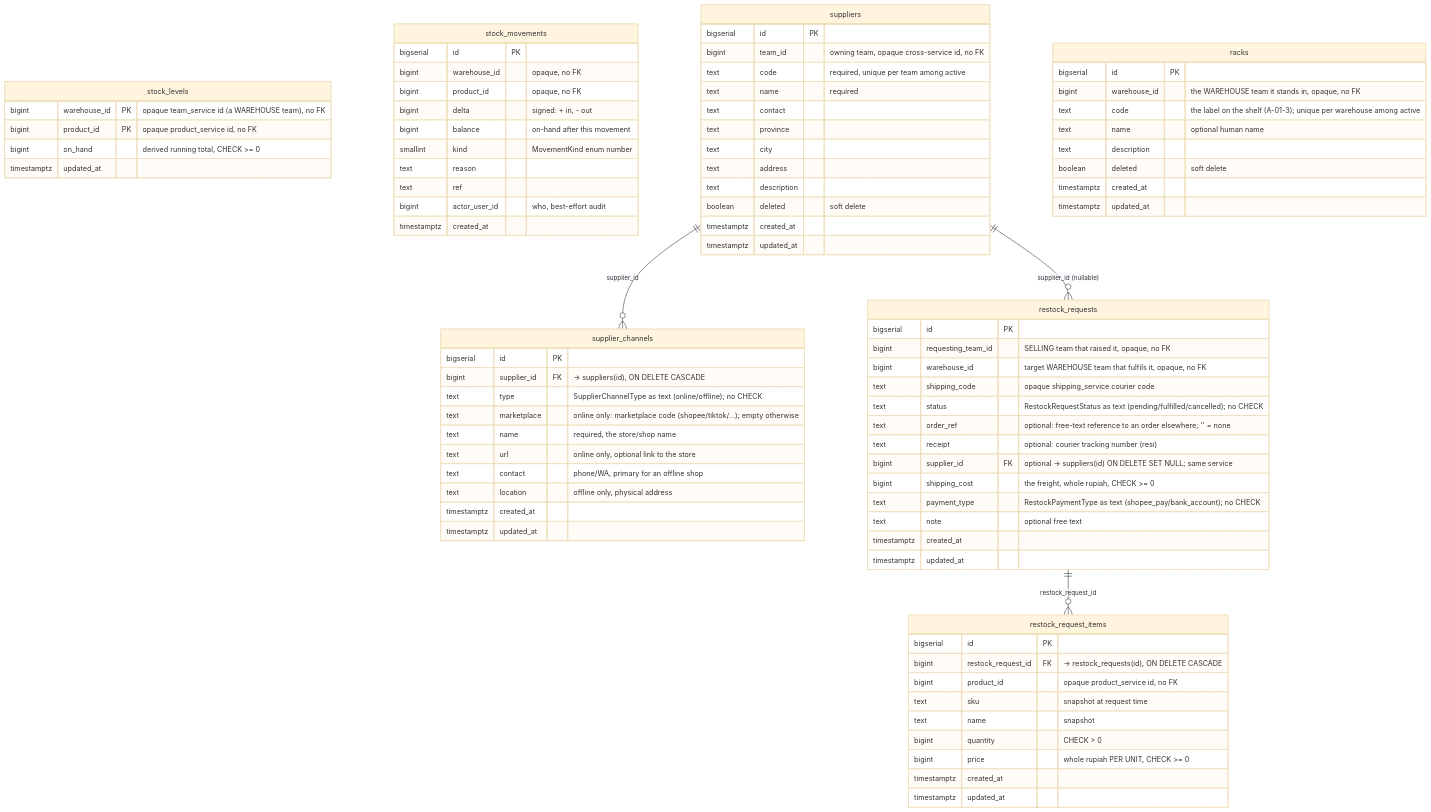
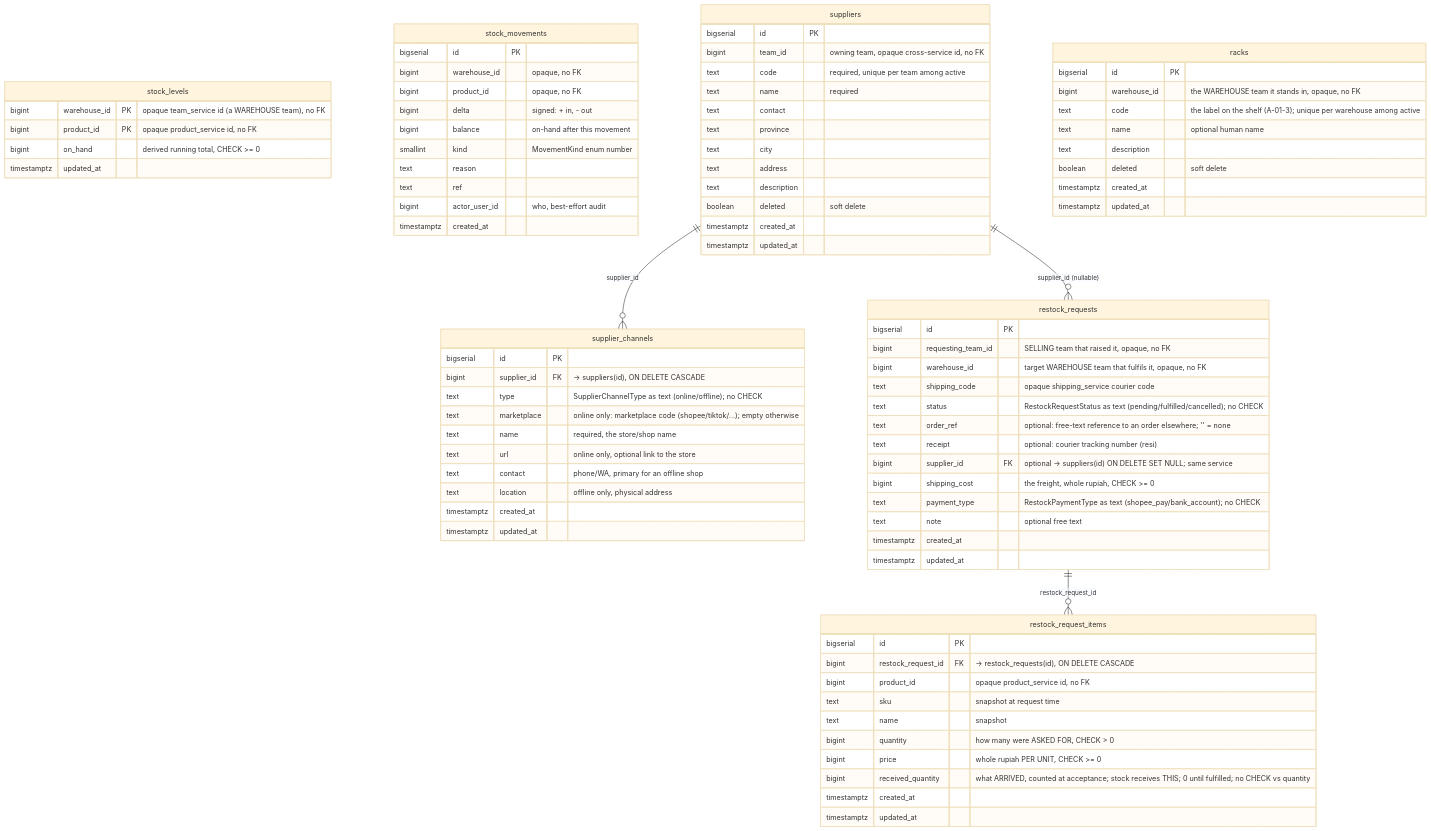
Before and after one commit to pdcgo/warehouse_revamp: the eighth of 10 diagrams in docs/database-schema.md, drawn with Mermaid (base theme). The commit also changed other lines of this file and 15 other files, not shown here.

```diff
--- a/docs/database-schema.md
+++ b/docs/database-schema.md
@@ -434,8 +434,9 @@
         bigint      product_id         "opaque product_service id, no FK"
         text        sku                "snapshot at request time"
         text        name               "snapshot"
-        bigint      quantity           "CHECK > 0"
+        bigint      quantity           "how many were ASKED FOR, CHECK > 0"
         bigint      price              "whole rupiah PER UNIT, CHECK >= 0"
+        bigint      received_quantity  "what ARRIVED, counted at acceptance; stock receives THIS; 0 until fulfilled; no CHECK vs quantity"
         timestamptz created_at
         timestamptz updated_at
     }
```
